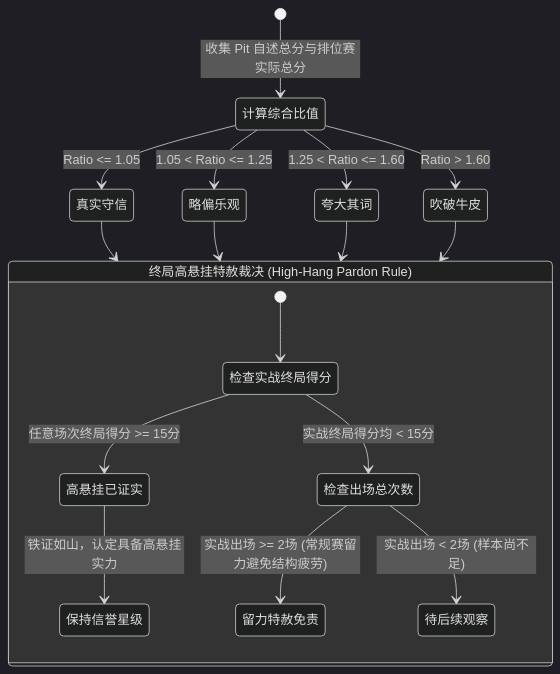
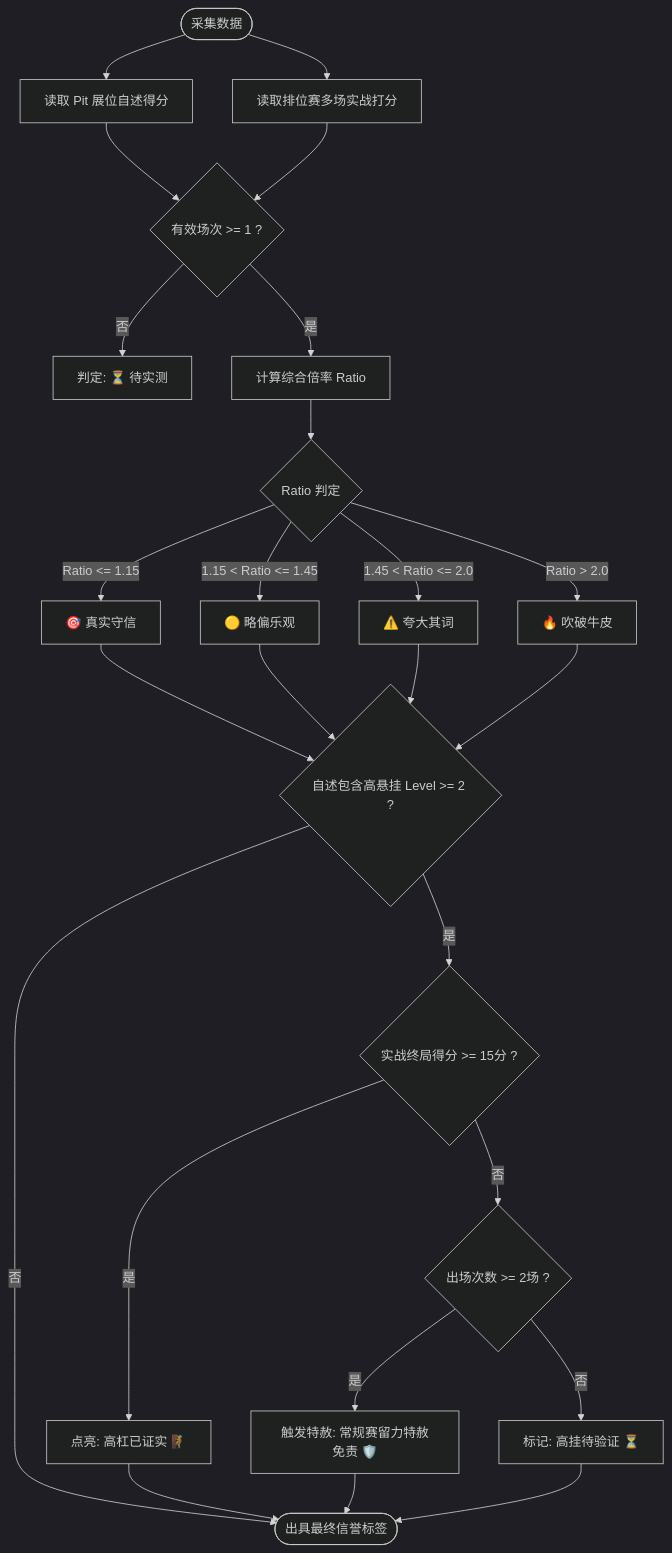
Before and after one commit to Lucalmz/ScoutingPro27: the fourth of 4 diagrams in README.md, drawn with Mermaid (dark theme). The commit also changed other lines of this file and 67 other files, not shown here.

````diff
--- a/README.md
+++ b/README.md
@@ -222,22 +316,24 @@
 ```mermaid
-stateDiagram-v2
-    [*] --> 计算综合比值: 收集 Pit 自述总分与排位赛实际总分
-    计算综合比值 --> 真实守信: Ratio <= 1.05
-    计算综合比值 --> 略偏乐观: 1.05 < Ratio <= 1.25
-    计算综合比值 --> 夸大其词: 1.25 < Ratio <= 1.60
-    计算综合比值 --> 吹破牛皮: Ratio > 1.60
+flowchart TD
+    A([采集数据]) --> B[读取 Pit 展位自述得分]
+    A --> C[读取排位赛多场实战打分]
+    B & C --> D{有效场次 >= 1 ?}
+    D -- 否 --> E[判定: ⏳ 待实测]
+    D -- 是 --> F[计算综合倍率 Ratio]
+    
+    F --> G{Ratio 判定}
+    G -- "Ratio <= 1.15" --> T1[🎯 真实守信]
+    G -- "1.15 < Ratio <= 1.45" --> T2[🟡 略偏乐观]
+    G -- "1.45 < Ratio <= 2.0" --> T3[⚠️ 夸大其词]
+    G -- "Ratio > 2.0" --> T4[🔥 吹破牛皮]
 
-    state "终局高悬挂特赦裁决 (High-Hang Pardon Rule)" as HangCheck {
-        [*] --> 检查实战终局得分
-        检查实战终局得分 --> 高悬挂已证实: 任意场次终局得分 >= 15分
-        高悬挂已证实 --> 保持信誉星级: 铁证如山，认定具备高悬挂实力
-        检查实战终局得分 --> 检查出场总次数: 实战终局得分均 < 15分
-        检查出场总次数 --> 留力特赦免责: 实战出场 >= 2场 (常规赛留力避免结构疲劳)
-        检查出场总次数 --> 待后续观察: 实战出场 < 2场 (样本尚不足)
-    }
-
-    真实守信 --> HangCheck
-    略偏乐观 --> HangCheck
-    夸大其词 --> HangCheck
-    吹破牛皮 --> HangCheck
+    T1 & T2 & T3 & T4 --> H{自述包含高悬挂 Level >= 2 ?}
+    H -- 否 --> EndNode([出具最终信誉标签])
+    H -- 是 --> I{实战终局得分 >= 15分 ?}
+    I -- 是 --> J[点亮: 高杠已证实 🧗]
+    I -- 否 --> K{出场次数 >= 2场 ?}
+    K -- 是 --> L[触发特赦: 常规赛留力特赦免责 🛡️]
+    K -- 否 --> M[标记: 高挂待验证 ⏳]
+    
+    J & L & M --> EndNode
 ```
````
